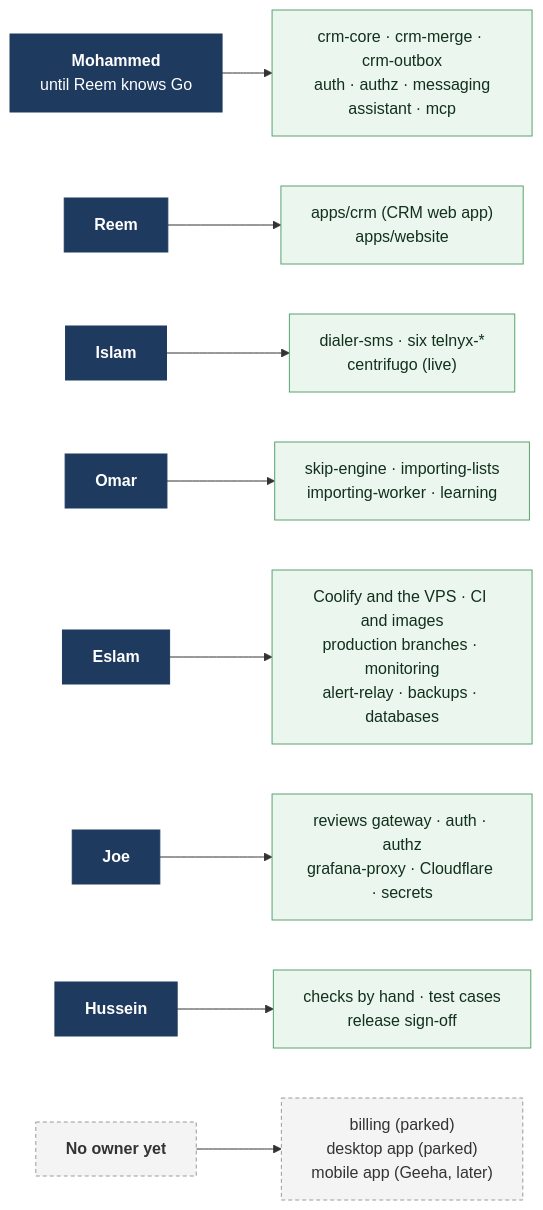
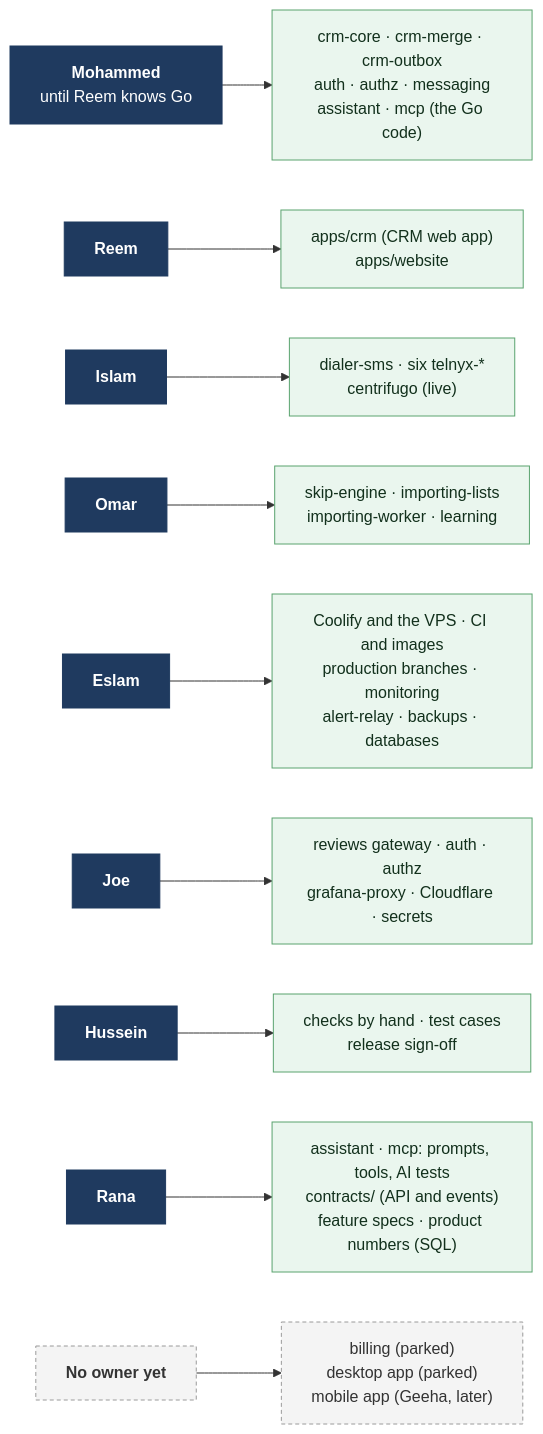
One commit to Mohammed-HeshamMohammed/Turf changed the third of 4 diagrams in docs/team/README.md. Above: the diagram before and after it, drawn with Mermaid. The commit also changed other lines of this file and 5 other files, not shown here.

````diff
--- a/docs/team/README.md
+++ b/docs/team/README.md
@@ -112,18 +112,19 @@
 ```mermaid
 flowchart LR
-    MO["<b>Mohammed</b><br/>until Reem knows Go"] --> G1["crm-core · crm-merge · crm-outbox<br/>auth · authz · messaging<br/>assistant · mcp"]
+    MO["<b>Mohammed</b><br/>until Reem knows Go"] --> G1["crm-core · crm-merge · crm-outbox<br/>auth · authz · messaging<br/>assistant · mcp (the Go code)"]
     RE["<b>Reem</b>"] --> G2["apps/crm (CRM web app)<br/>apps/website"]
     IS["<b>Islam</b>"] --> G3["dialer-sms · six telnyx-*<br/>centrifugo (live)"]
     OM["<b>Omar</b>"] --> G4["skip-engine · importing-lists<br/>importing-worker · learning"]
     ES["<b>Eslam</b>"] --> G5["Coolify and the VPS · CI and images<br/>production branches · monitoring<br/>alert-relay · backups · databases"]
     JO["<b>Joe</b>"] --> G6["reviews gateway · auth · authz<br/>grafana-proxy · Cloudflare · secrets"]
     HU["<b>Hussein</b>"] --> G7["checks by hand · test cases<br/>release sign-off"]
+    RA["<b>Rana</b>"] --> G9["assistant · mcp: prompts, tools, AI tests<br/>contracts/ (API and events)<br/>feature specs · product numbers (SQL)"]
     NO["<b>No owner yet</b>"] --> G8["billing (parked)<br/>desktop app (parked)<br/>mobile app (Geeha, later)"]
 
     classDef person fill:#1f3a5f,stroke:#1f3a5f,color:#ffffff
     classDef owned fill:#eaf6ee,stroke:#5aa36f,color:#12301c
     classDef none fill:#f4f4f4,stroke:#9a9a9a,color:#333333,stroke-dasharray:4 3
-    class MO,RE,IS,OM,ES,JO,HU person
-    class G1,G2,G3,G4,G5,G6,G7 owned
+    class MO,RE,IS,OM,ES,JO,HU,RA person
+    class G1,G2,G3,G4,G5,G6,G7,G9 owned
     class NO,G8 none
 ```
````
